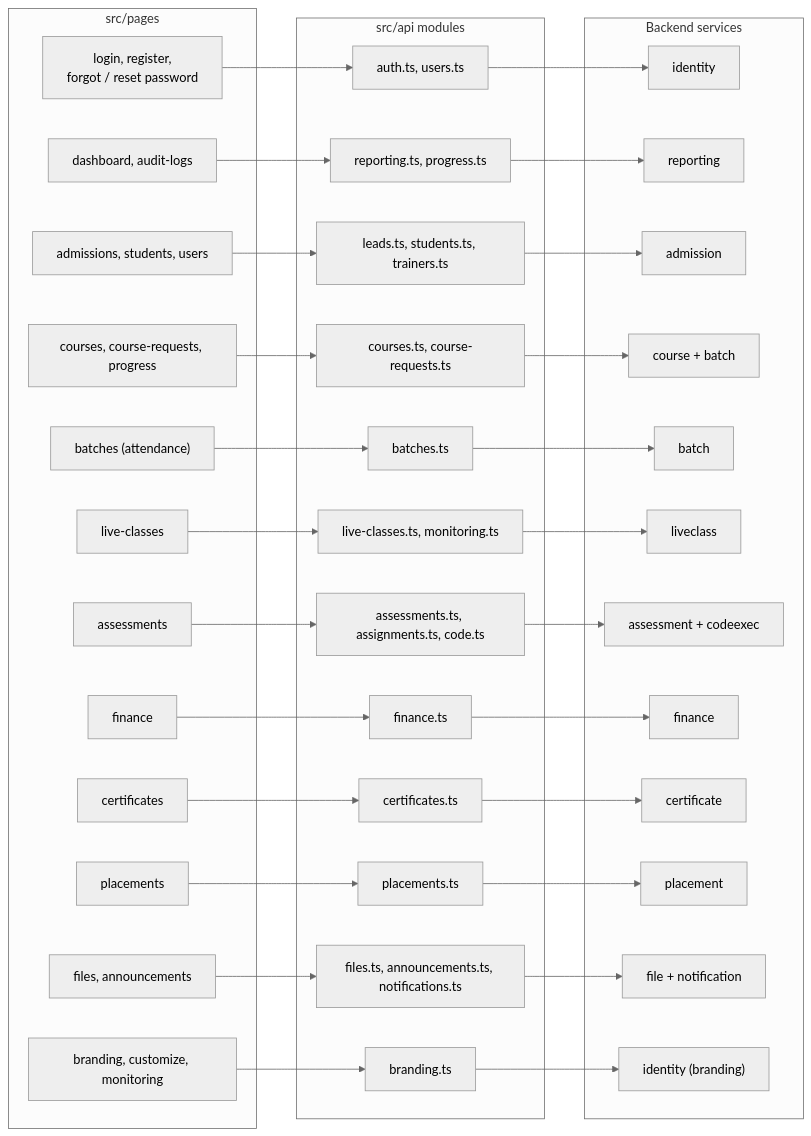
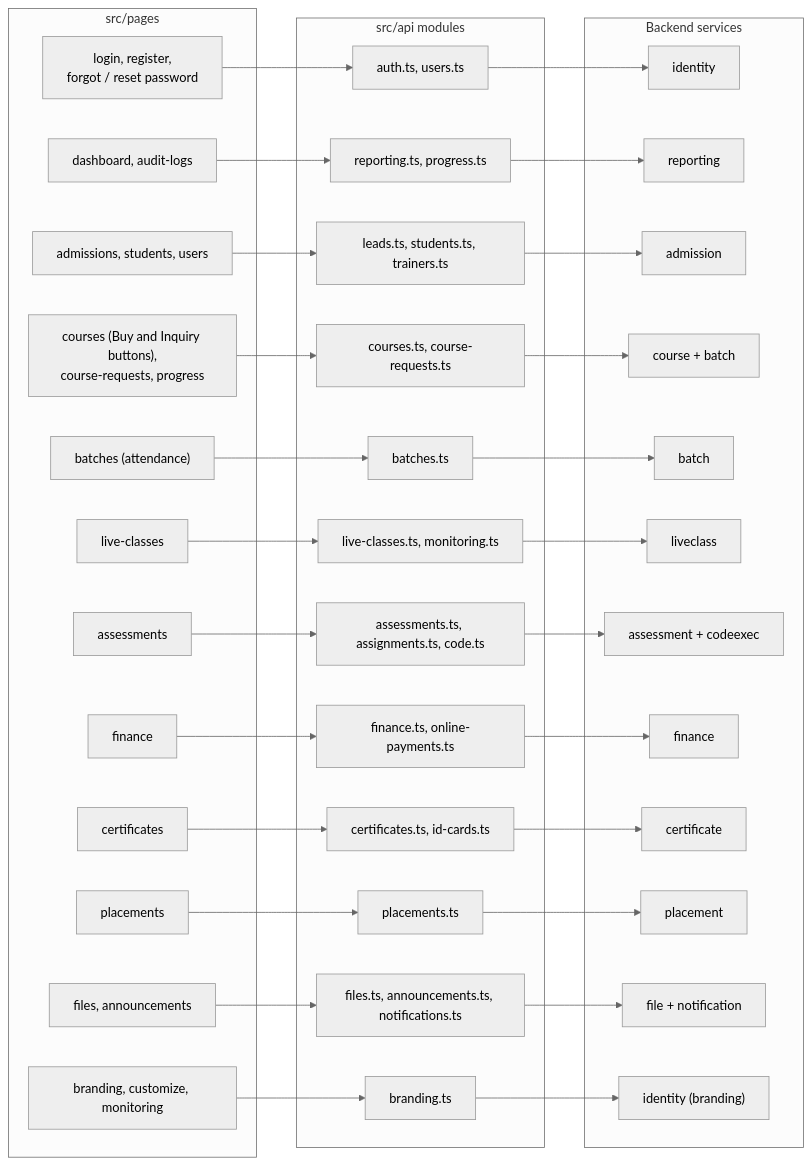
The diagram in docs/diagrams/frontend/40-pages-api-services.mmd (rohanrk2810/ITLMS), drawn with Mermaid (neutral theme) before and after one commit. The commit also changed 53 other files, not shown here.

Commit message:
Courses: Buy and Inquiry buttons on course cards, and Razorpay online payment that records the fee and places the student in a batch

```diff
--- a/docs/diagrams/frontend/40-pages-api-services.mmd
+++ b/docs/diagrams/frontend/40-pages-api-services.mmd
@@ -1,58 +1,58 @@
 flowchart LR
     subgraph Pages["src/pages"]
         P1["login, register,<br/>forgot / reset password"]
         P2["dashboard, audit-logs"]
         P3["admissions, students, users"]
-        P4["courses, course-requests, progress"]
+        P4["courses (Buy and Inquiry buttons),<br/>course-requests, progress"]
         P5["batches (attendance)"]
         P6["live-classes"]
         P7["assessments"]
         P8["finance"]
         P9["certificates"]
         P10["placements"]
         P11["files, announcements"]
         P12["branding, customize, monitoring"]
     end
 
     subgraph Api["src/api modules"]
         A1["auth.ts, users.ts"]
         A2["reporting.ts, progress.ts"]
         A3["leads.ts, students.ts, trainers.ts"]
         A4["courses.ts, course-requests.ts"]
         A5["batches.ts"]
         A6["live-classes.ts, monitoring.ts"]
         A7["assessments.ts, assignments.ts, code.ts"]
-        A8["finance.ts"]
-        A9["certificates.ts"]
+        A8["finance.ts, online-payments.ts"]
+        A9["certificates.ts, id-cards.ts"]
         A10["placements.ts"]
         A11["files.ts, announcements.ts, notifications.ts"]
         A12["branding.ts"]
     end
 
     subgraph Svc["Backend services"]
         S1["identity"]
         S2["reporting"]
         S3["admission"]
         S4["course + batch"]
         S5["batch"]
         S6["liveclass"]
         S7["assessment + codeexec"]
         S8["finance"]
         S9["certificate"]
         S10["placement"]
         S11["file + notification"]
         S12["identity (branding)"]
     end
 
     P1 --> A1 --> S1
     P2 --> A2 --> S2
     P3 --> A3 --> S3
     P4 --> A4 --> S4
     P5 --> A5 --> S5
     P6 --> A6 --> S6
     P7 --> A7 --> S7
     P8 --> A8 --> S8
     P9 --> A9 --> S9
     P10 --> A10 --> S10
     P11 --> A11 --> S11
     P12 --> A12 --> S12
```
